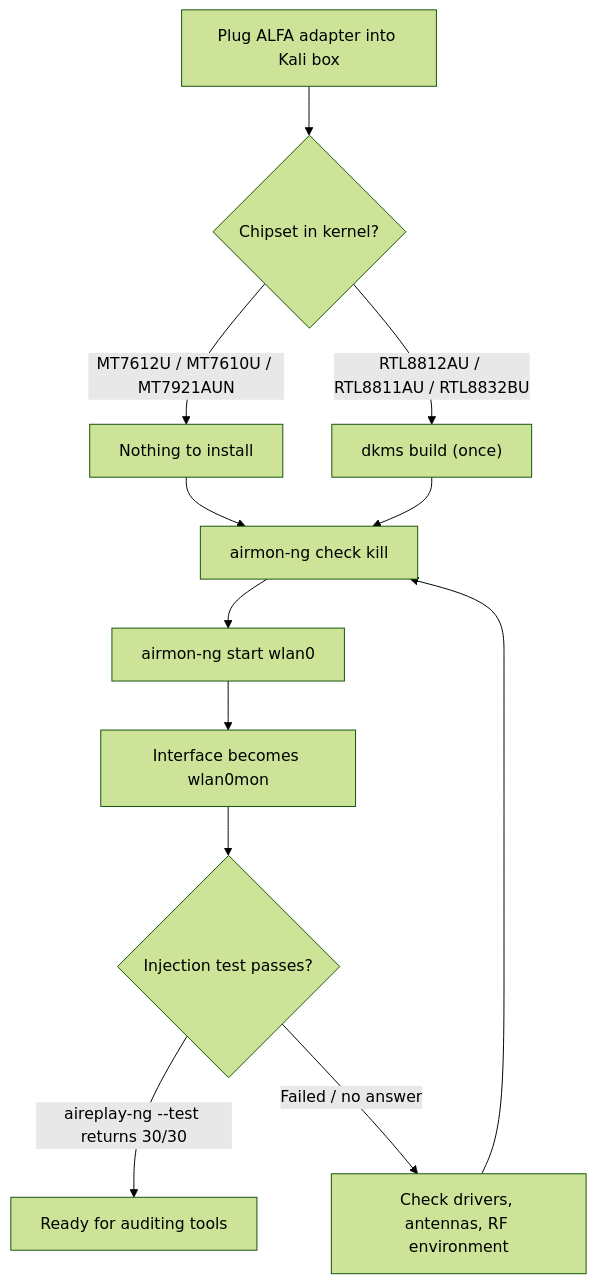
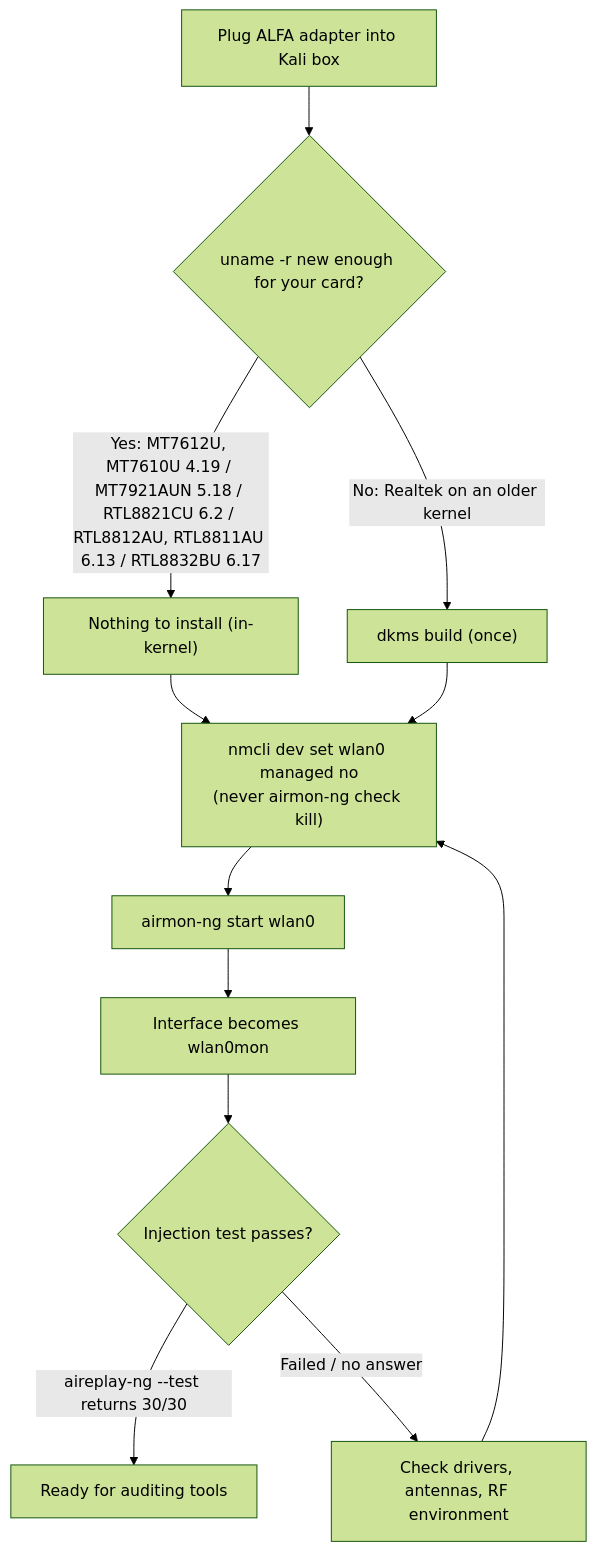
One commit to yopitek/yupitek-wiki changed the diagram in i18n/zh-CN/docusaurus-plugin-content-docs/current/01-alfa-network/linux-setup-kali.md. Above: the diagram before and after it, drawn with Mermaid (forest theme). The commit also changed other lines of this file and 108 other files, not shown here.

````diff
--- a/i18n/zh-CN/docusaurus-plugin-content-docs/current/01-alfa-network/linux-setup-kali.md
+++ b/i18n/zh-CN/docusaurus-plugin-content-docs/current/01-alfa-network/linux-setup-kali.md
@@ -25,14 +29,14 @@
 ```mermaid
 flowchart TD
-    A["Plug ALFA adapter into Kali box"] --> B{"Chipset in kernel?"}
-    B -->|"MT7612U / MT7610U / MT7921AUN"| C["Nothing to install"]
-    B -->|"RTL8812AU / RTL8811AU / RTL8832BU"| D["dkms build (once)"]
-    C --> E["airmon-ng check kill"]
+    A["Plug ALFA adapter into Kali box"] --> B{"uname -r new enough for your card?"}
+    B -->|"Yes: MT7612U, MT7610U 4.19 / MT7921AUN 5.18 / RTL8821CU 6.2 / RTL8812AU, RTL8811AU 6.13 / RTL8832BU 6.17"| C["Nothing to install (in-kernel)"]
+    B -->|"No: Realtek on an older kernel"| D["dkms build (once)"]
+    C --> E["nmcli dev set wlan0 managed no<br/>(never airmon-ng check kill)"]
     D --> E
     E --> F["airmon-ng start wlan0"]
     F --> G["Interface becomes wlan0mon"]
     G --> H{"Injection test passes?"}
     H -->|"aireplay-ng --test returns 30/30"| I["Ready for auditing tools"]
     H -->|"Failed / no answer"| J["Check drivers, antennas, RF environment"]
     J --> E
 ```
````
